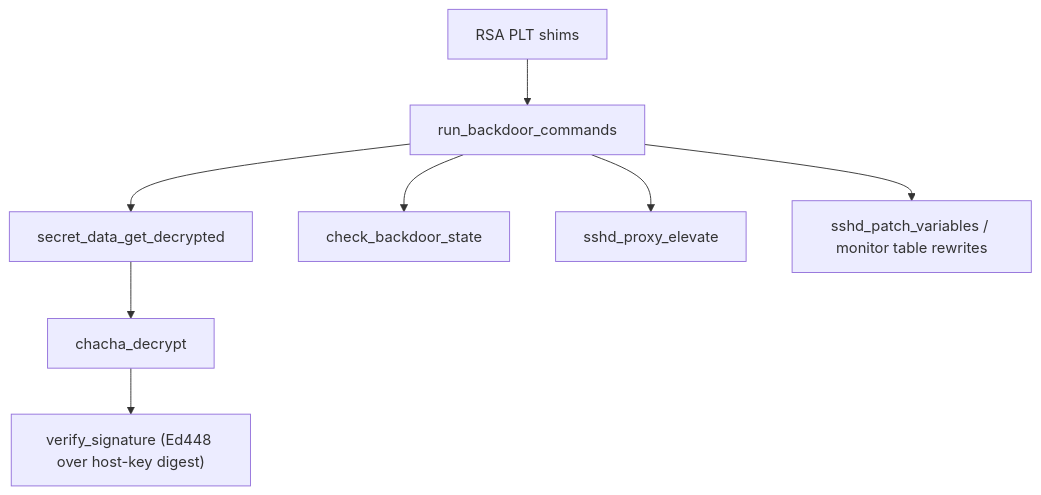
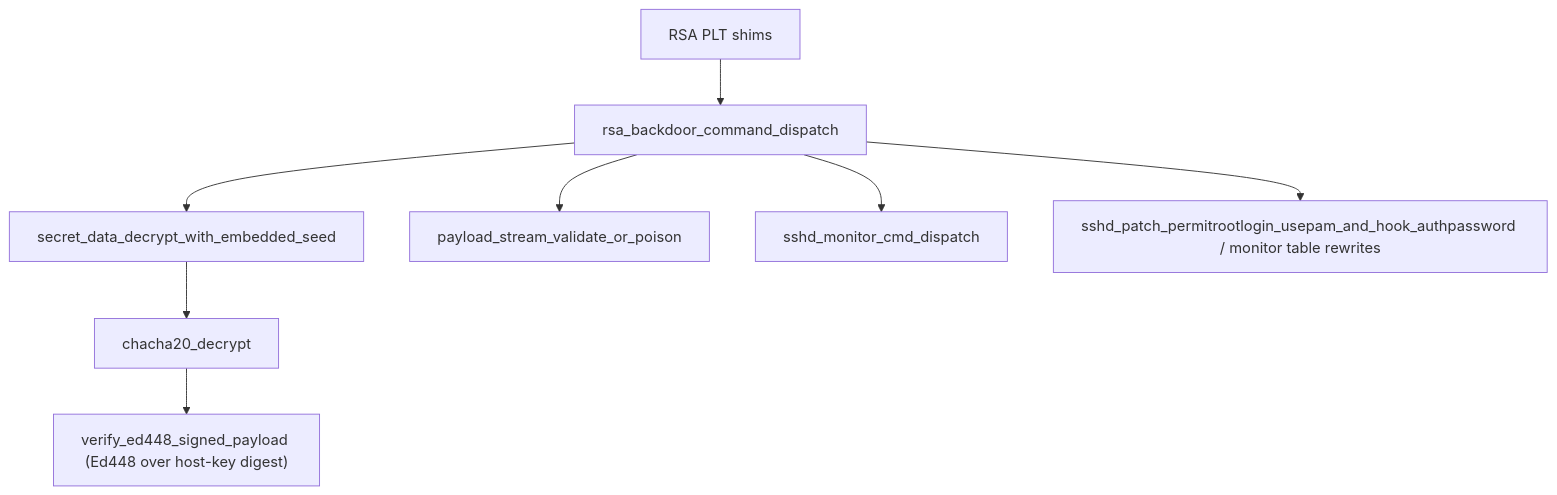
Before and after one commit to vanbako/xzre-ghidra: the third of 10 diagrams in docs/backdoor_functionality.md, drawn with Mermaid. The commit also changed other lines of this file and 17 other files, not shown here.

````diff
--- a/docs/backdoor_functionality.md
+++ b/docs/backdoor_functionality.md
@@ -123,17 +123,17 @@
 ```mermaid
 flowchart TD
     rsa_hooks["RSA PLT shims"]
-    run_cmds["run_backdoor_commands"]
-    secret["secret_data_get_decrypted"]
-    sig["verify_signature (Ed448 over host-key digest)"]
-    chacha["chacha_decrypt"]
-    state["check_backdoor_state"]
-    elevate["sshd_proxy_elevate"]
-    patch_vars["sshd_patch_variables / monitor table rewrites"]
+    run_cmds["rsa_backdoor_command_dispatch"]
+    secret["secret_data_decrypt_with_embedded_seed"]
+    sig["verify_ed448_signed_payload (Ed448 over host-key digest)"]
+    chacha["chacha20_decrypt"]
+    state["payload_stream_validate_or_poison"]
+    elevate["sshd_monitor_cmd_dispatch"]
+    patch_vars["sshd_patch_permitrootlogin_usepam_and_hook_authpassword / monitor table rewrites"]
 
     rsa_hooks --> run_cmds
     run_cmds --> secret --> chacha --> sig
     run_cmds --> state
     run_cmds --> elevate
     run_cmds --> patch_vars
 ```
````
